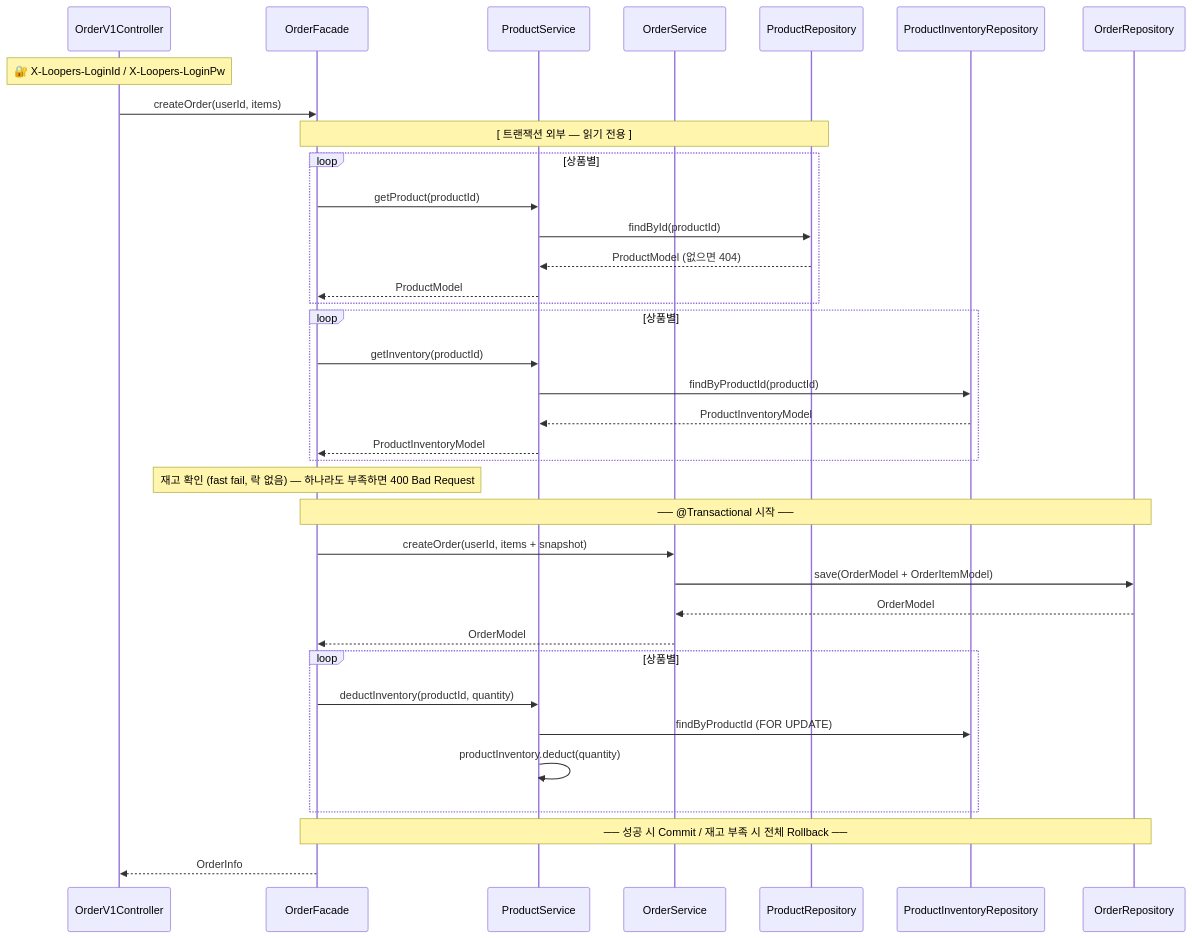
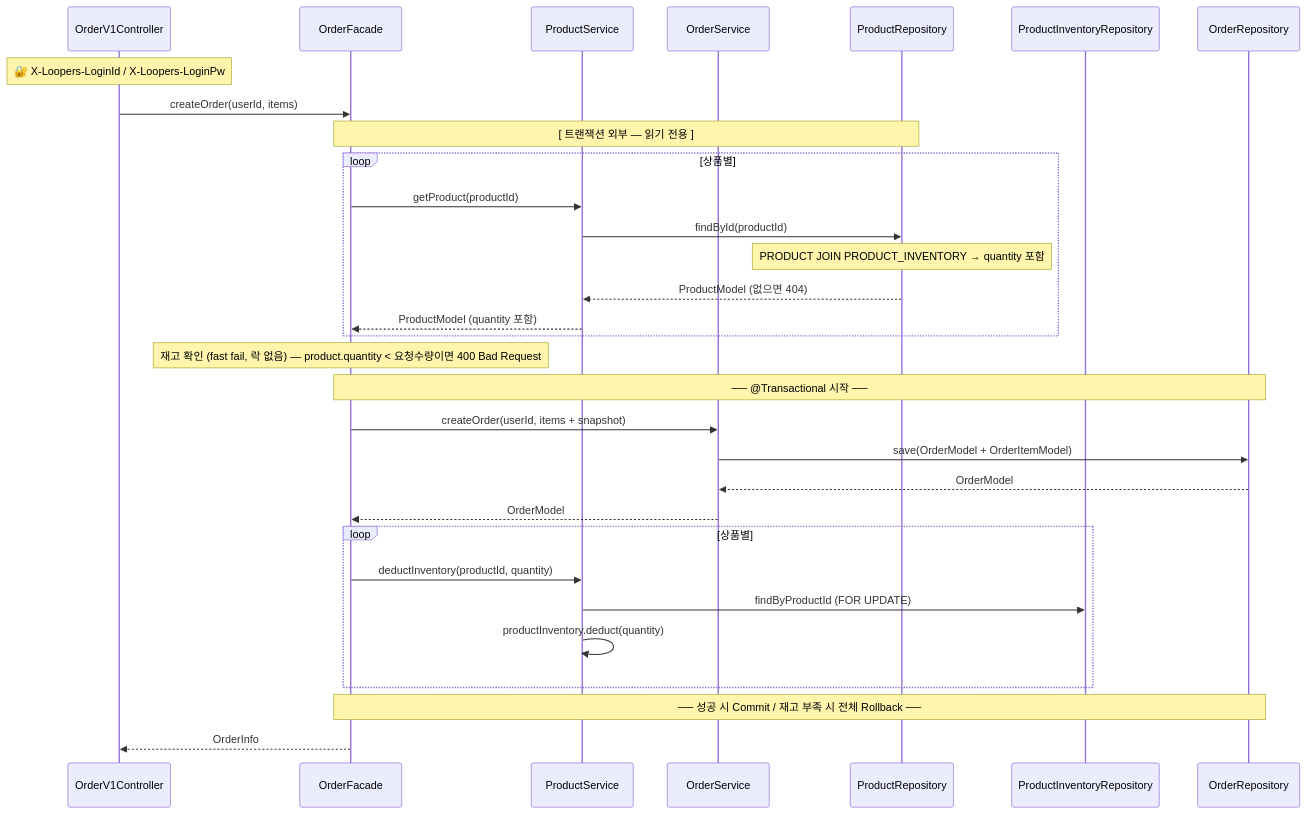
One commit to loopers-labs/loop-pack-be-l2-vol4-java changed diagram 17 of 21 in docs/v3/sequence.md. Above: the diagram before and after it, drawn with Mermaid. The commit also changed other lines of this file and 2 other files, not shown here.

First line of the commit message:
docs: 상품 조회 시 재고 JOIN 통합 설계 반영

````diff
--- a/docs/v3/sequence.md
+++ b/docs/v3/sequence.md
@@ -401,48 +402,42 @@
 ```mermaid
 sequenceDiagram
     Note over OrderV1Controller: 🔐 X-Loopers-LoginId / X-Loopers-LoginPw
     participant OrderV1Controller
     participant OrderFacade
     participant ProductService
     participant OrderService
     participant ProductRepository
     participant ProductInventoryRepository
     participant OrderRepository
 
     OrderV1Controller->>OrderFacade: createOrder(userId, items)
 
     Note over OrderFacade,ProductRepository: [ 트랜잭션 외부 — 읽기 전용 ]
 
     loop 상품별
         OrderFacade->>ProductService: getProduct(productId)
         ProductService->>ProductRepository: findById(productId)
+        Note over ProductRepository: PRODUCT JOIN PRODUCT_INVENTORY → quantity 포함
         ProductRepository-->>ProductService: ProductModel (없으면 404)
-        ProductService-->>OrderFacade: ProductModel
+        ProductService-->>OrderFacade: ProductModel (quantity 포함)
     end
 
-    loop 상품별
-        OrderFacade->>ProductService: getInventory(productId)
-        ProductService->>ProductInventoryRepository: findByProductId(productId)
-        ProductInventoryRepository-->>ProductService: ProductInventoryModel
-        ProductService-->>OrderFacade: ProductInventoryModel
-    end
-
-    Note over OrderFacade: 재고 확인 (fast fail, 락 없음) — 하나라도 부족하면 400 Bad Request
+    Note over OrderFacade: 재고 확인 (fast fail, 락 없음) — product.quantity < 요청수량이면 400 Bad Request
 
     Note over OrderFacade,OrderRepository: ── @Transactional 시작 ──
 
     OrderFacade->>OrderService: createOrder(userId, items + snapshot)
     OrderService->>OrderRepository: save(OrderModel + OrderItemModel)
     OrderRepository-->>OrderService: OrderModel
     OrderService-->>OrderFacade: OrderModel
 
     loop 상품별
         OrderFacade->>ProductService: deductInventory(productId, quantity)
         ProductService->>ProductInventoryRepository: findByProductId (FOR UPDATE)
         ProductService->>ProductService: productInventory.deduct(quantity)
     end
 
     Note over OrderFacade,OrderRepository: ── 성공 시 Commit / 재고 부족 시 전체 Rollback ──
 
     OrderFacade-->>OrderV1Controller: OrderInfo
 ```
````
